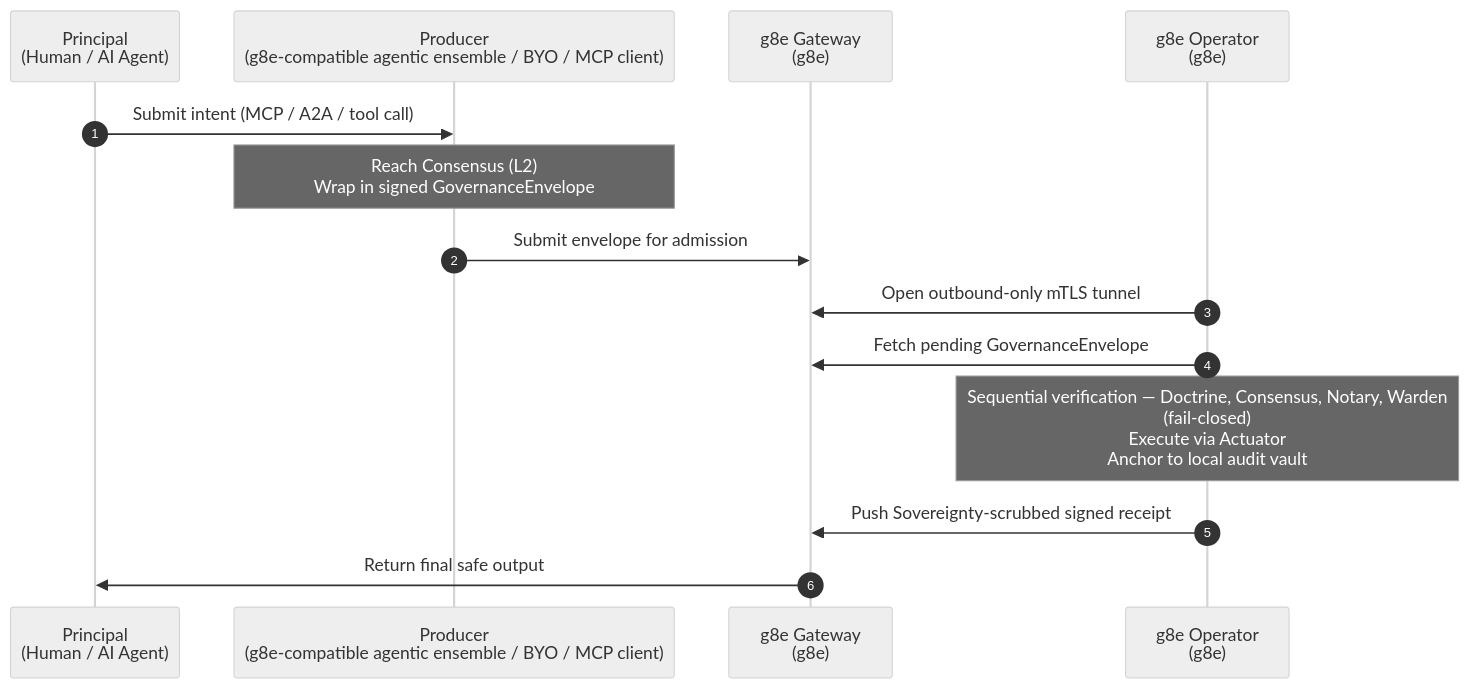
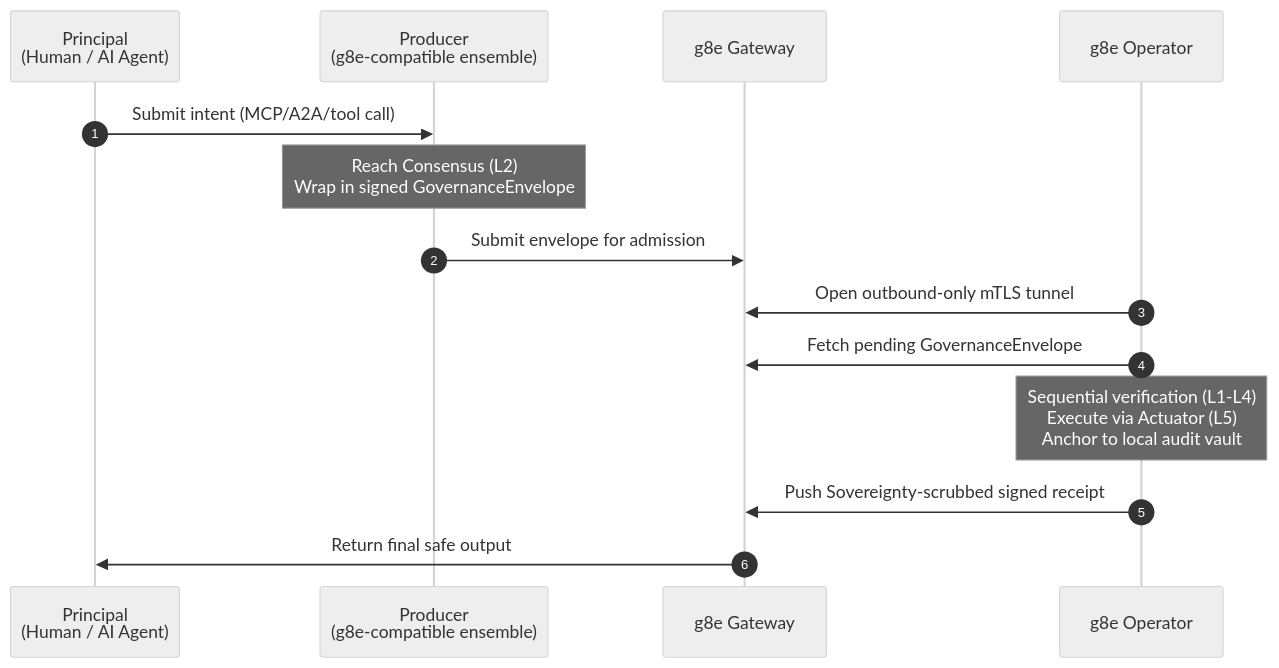
Before and after one commit to g8e-ai/g8e: the diagram in README.md, drawn with Mermaid (neutral theme). The commit also changed other lines of this file, not shown here.

````diff
--- a/README.md
+++ b/README.md
@@ -207,20 +102,21 @@
 ```mermaid
 sequenceDiagram
     autonumber
     participant Principal as Principal<br/>(Human / AI Agent)
-    participant Ensemble as Producer<br/>(g8e-compatible agentic ensemble / BYO / MCP client)
-    participant Gateway as g8e Gateway<br/>(g8e)
-    participant Operator as g8e Operator<br/>(g8e)
+    participant Ensemble as Producer<br/>(g8e-compatible ensemble)
+    participant Gateway as g8e Gateway
+    participant Operator as g8e Operator
 
-    Principal->>Ensemble: Submit intent (MCP / A2A / tool call)
+    Principal->>Ensemble: Submit intent (MCP/A2A/tool call)
     Note over Ensemble: Reach Consensus (L2)<br/>Wrap in signed GovernanceEnvelope
     Ensemble->>Gateway: Submit envelope for admission
 
     Operator->>Gateway: Open outbound-only mTLS tunnel
     Operator->>Gateway: Fetch pending GovernanceEnvelope
 
-    Note over Operator: Sequential verification — Doctrine, Consensus, Notary, Warden<br/>(fail-closed)<br/>Execute via Actuator<br/>Anchor to local audit vault
+    Note over Operator: Sequential verification (L1-L4)<br/>Execute via Actuator (L5)<br/>Anchor to local audit vault
 
     Operator->>Gateway: Push Sovereignty-scrubbed signed receipt
     Gateway->>Principal: Return final safe output
+
 ```
````
